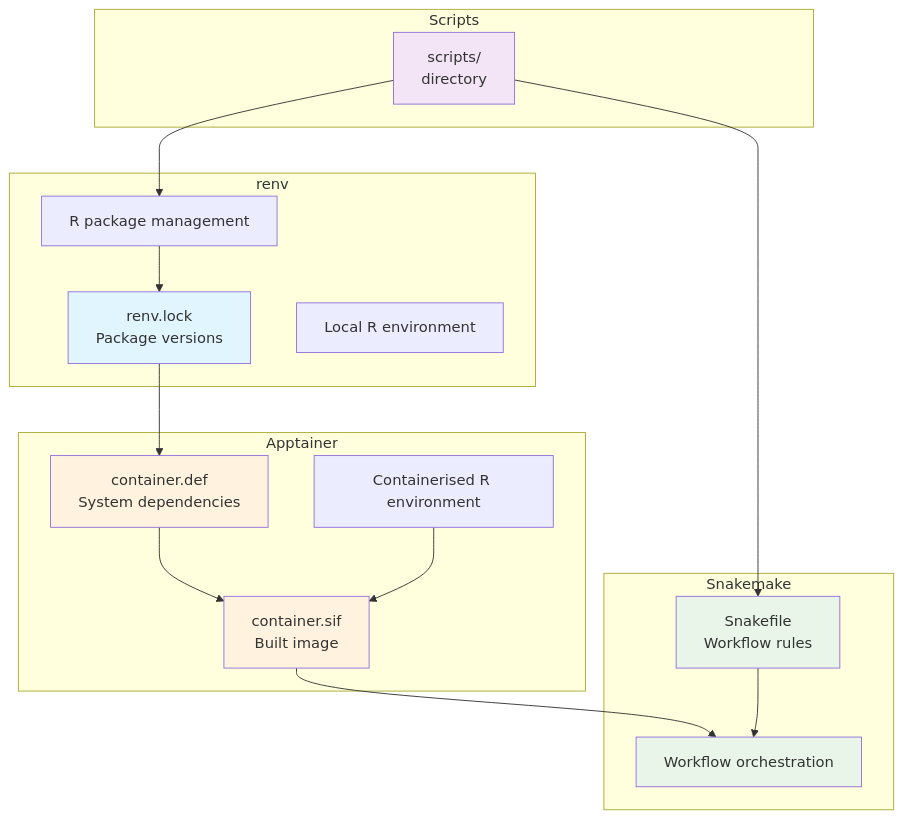
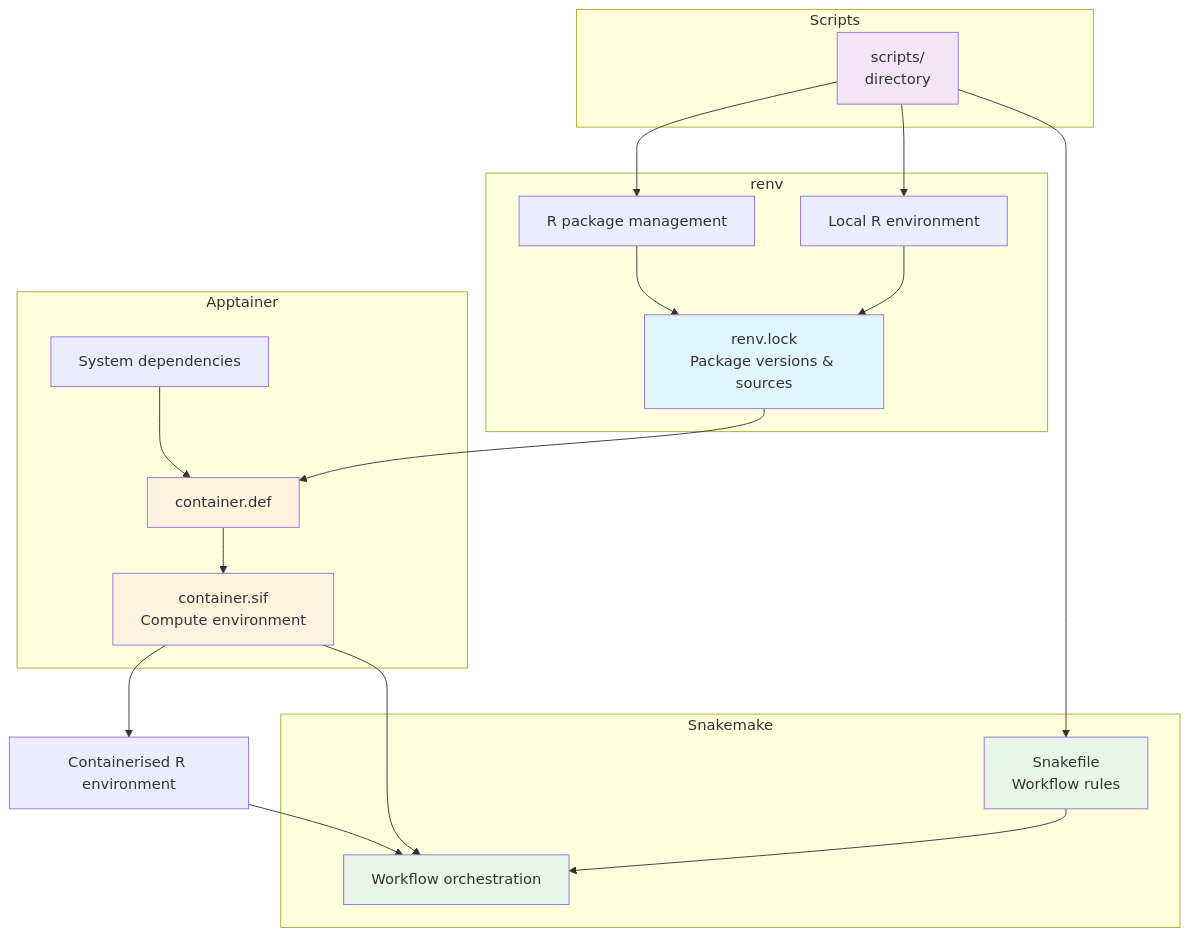
Before and after one commit to atsyplenkov/snakemake_apptainer_renv: the diagram in README.md, drawn with Mermaid.

Commit message:
diagram update

````diff
--- a/README.md
+++ b/README.md
@@ -14,39 +14,45 @@
 ```mermaid
 graph TB
     subgraph "renv"
-        A[renv.lock<br/>Package versions]
+        A[renv.lock<br/>Package versions & sources]
         B[R package management]
         C[Local R environment]
     end
     
     subgraph "Scripts"
         J[scripts/<br/>directory]
     end
+
+    F[Containerised R environment]
     
     subgraph "Apptainer"
-        D[container.def<br/>System dependencies]
-        E[container.sif<br/>Built image]
-        F[Containerised R environment]
+        D[container.def]
+        DA[System dependencies]
+        E[container.sif<br/>Compute environment]
     end
-    
+
     subgraph "Snakemake"
         G[Snakefile<br/>Workflow rules]
         H[Workflow orchestration]
     end
     
     J --> B
+    J --> C
     A --> D
     D --> E
-    E --> H
+    DA --> D
+    F --> H
     G --> H
     J --> G
     B --> A
-    F --> E
+    E --> F
+    E --> H
+    C --> A
     
     style A fill:#e1f5fe
     style J fill:#f3e5f5
     style D fill:#fff3e0
     style E fill:#fff3e0
     style G fill:#e8f5e8
     style H fill:#e8f5e8
 ```
````
